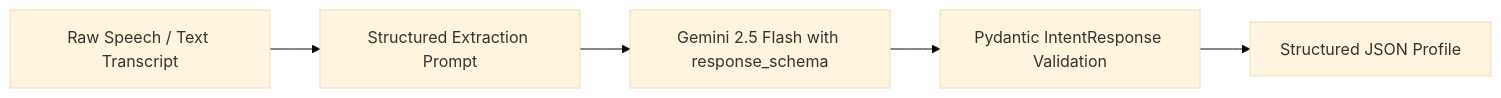
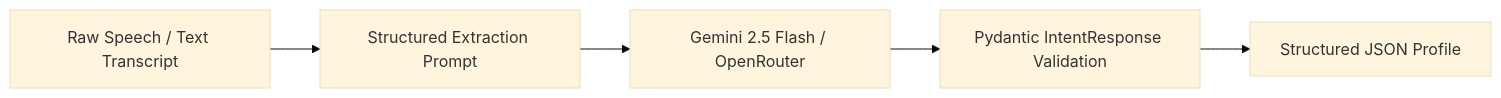
One commit to aviraltrip/SIH-26-AI-ML changed the first of 3 diagrams in PIPELINES.md. Above: the diagram before and after it, drawn with Mermaid (base theme). The commit also changed other lines of this file and 3 other files, not shown here.

Commit message:
docs: update system specifications, API contracts, and setup guides with OpenRouter support and test details

````diff
--- a/PIPELINES.md
+++ b/PIPELINES.md
@@ -13,7 +13,7 @@
 ```mermaid
 graph LR
     Input[Raw Speech / Text Transcript] --> Prompt[Structured Extraction Prompt]
-    Prompt --> Gemini[Gemini 2.5 Flash with response_schema]
+    Prompt --> Gemini[Gemini 2.5 Flash / OpenRouter]
     Gemini --> Pydantic[Pydantic IntentResponse Validation]
     Pydantic --> Output[Structured JSON Profile]
 ```
````
